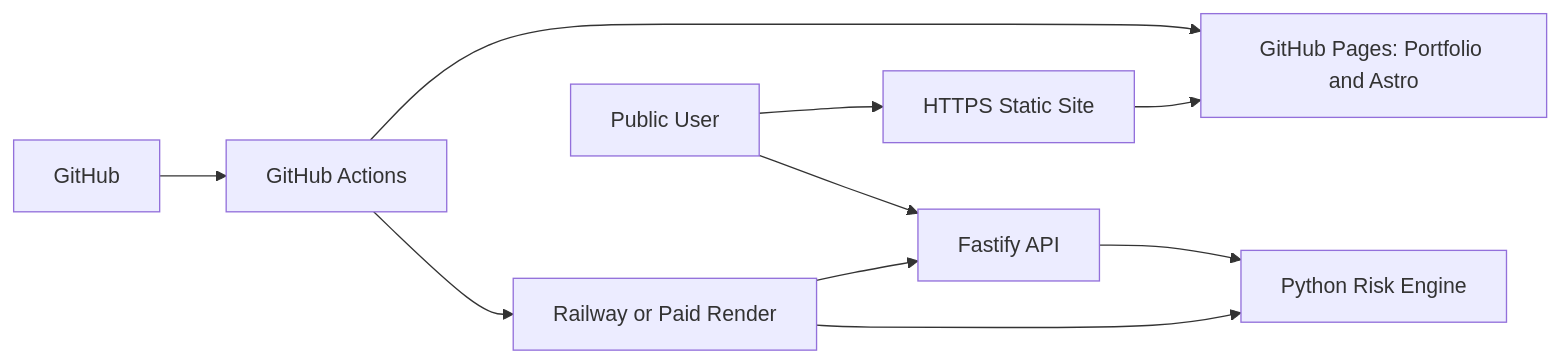
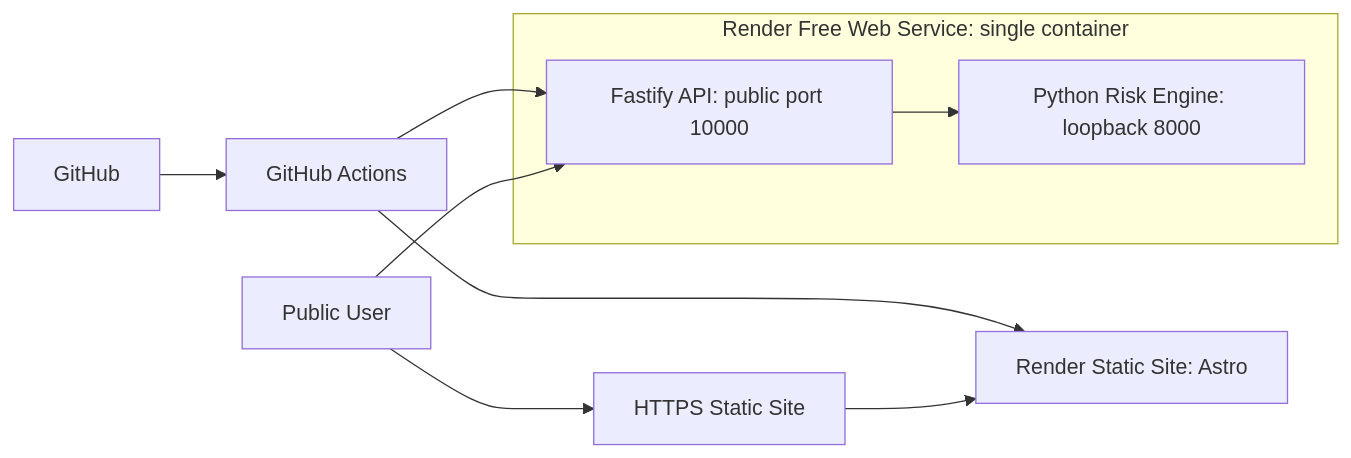
Before and after one commit to Xin-Ethan-Li/supplier-risk-intelligence: the sixth of 6 diagrams in docs/03_TECHNICAL_ARCHITECTURE.md, drawn with Mermaid. The commit also changed other lines of this file and 9 other files, not shown here.

````diff
--- a/docs/03_TECHNICAL_ARCHITECTURE.md
+++ b/docs/03_TECHNICAL_ARCHITECTURE.md
@@ -450,12 +450,14 @@
 ```mermaid
 flowchart LR
     GH["GitHub"] --> ACT["GitHub Actions"]
-    ACT --> PAGES["GitHub Pages: Portfolio and Astro"]
-    ACT --> HOST["Railway or Paid Render"]
-    HOST --> API["Fastify API"]
-    HOST --> PY["Python Risk Engine"]
+    ACT --> STATIC["Render Static Site: Astro"]
+    ACT --> API
+    subgraph BACKEND["Render Free Web Service: single container"]
+        API["Fastify API: public port 10000"]
+        PY["Python Risk Engine: loopback 8000"]
+    end
     USER["Public User"] --> CDN["HTTPS Static Site"]
-    CDN --> PAGES
+    CDN --> STATIC
     USER --> API
     API --> PY
 ```
````
